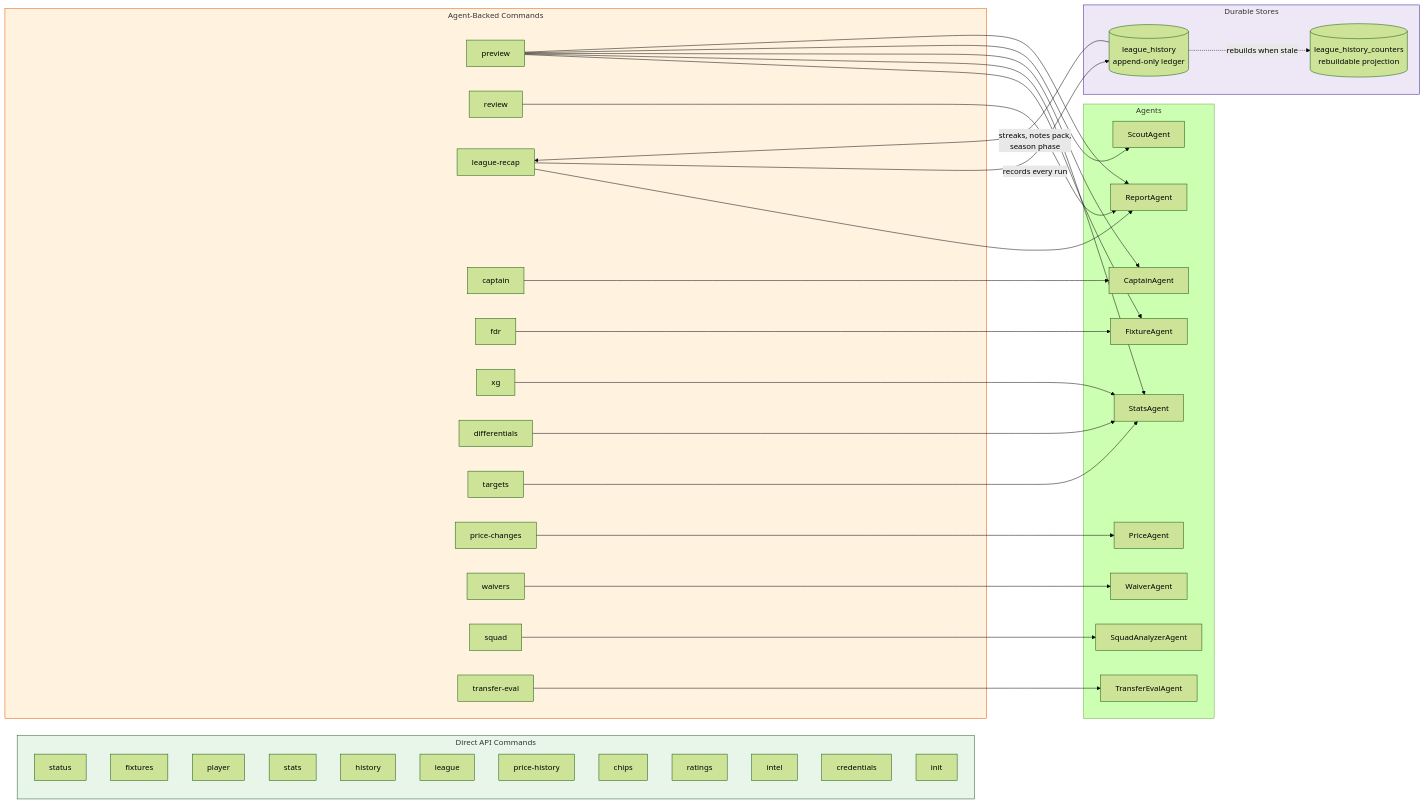
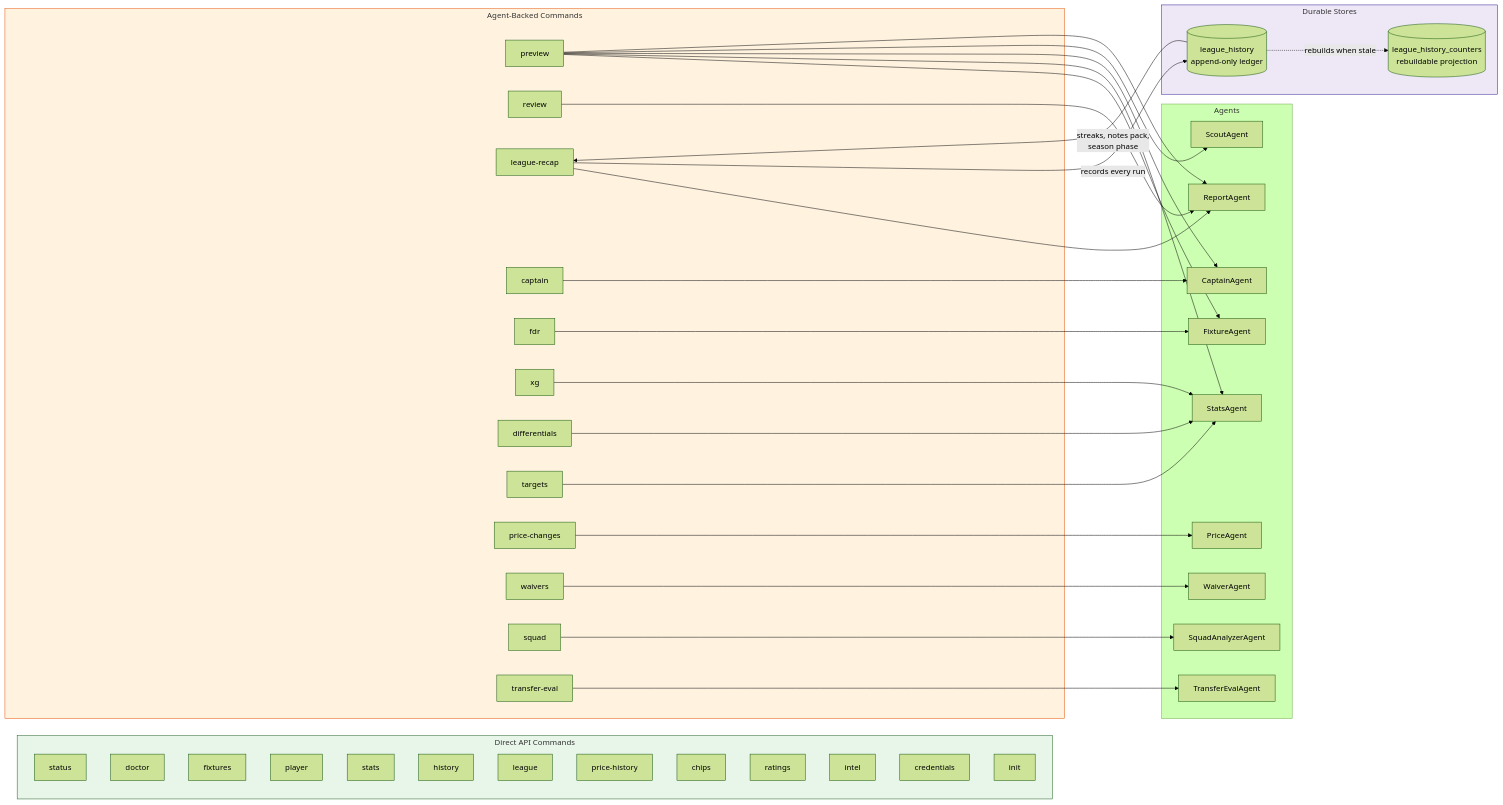
One commit to rossgroomio/fpl-cli changed the fourth of 7 diagrams in docs/architecture.md. Above: the diagram before and after it, drawn with Mermaid (forest theme). The commit also changed 6 other files, not shown here.

````diff
--- a/docs/architecture.md
+++ b/docs/architecture.md
@@ -274,69 +274,70 @@
 ```mermaid
 flowchart LR
     subgraph Direct["Direct API Commands"]
         status["status"]
+        doctor["doctor"]
         fixtures["fixtures"]
         player["player"]
         stats["stats"]
         history["history"]
         league["league"]
         price_hist["price-history"]
         chips["chips"]
         ratings["ratings"]
         intel["intel"]
         credentials["credentials"]
         init["init"]
     end
 
     subgraph ViaAgent["Agent-Backed Commands"]
         preview["preview"]
         review["review"]
         recap["league-recap"]
         cap["captain"]
         fdr["fdr"]
         xg["xg"]
         diff["differentials"]
         tgt["targets"]
         pr["price-changes"]
         waivers["waivers"]
         squad["squad"]
         transfer_eval["transfer-eval"]
     end
 
     subgraph Agents["Agents"]
         FA[FixtureAgent]
         PA[PriceAgent]
         SA[StatsAgent]
         SCA[ScoutAgent]
         CA[CaptainAgent]
         SQA[SquadAnalyzerAgent]
         WA[WaiverAgent]
         RA[ReportAgent]
         TEA[TransferEvalAgent]
     end
 
     subgraph Stores["Durable Stores"]
         LH[("league_history<br/>append-only ledger")]
         LHC[("league_history_counters<br/>rebuildable projection")]
     end
 
     preview --> FA & SA & CA & SCA & RA
     review --> RA
     recap --> RA
     recap -->|"records every run"| LH
     LH -->|"streaks, notes pack,<br/>season phase"| recap
     LH -.->|"rebuilds when stale"| LHC
     cap --> CA
     fdr --> FA
     xg --> SA
     diff --> SA
     tgt --> SA
     pr --> PA
     waivers --> WA
     squad --> SQA
     transfer_eval --> TEA
 
     style Direct fill:#e8f5e9,stroke:#1b5e20
     style ViaAgent fill:#fff3e0,stroke:#e65100
     style Stores fill:#ede7f6,stroke:#311b92
 ```
````
